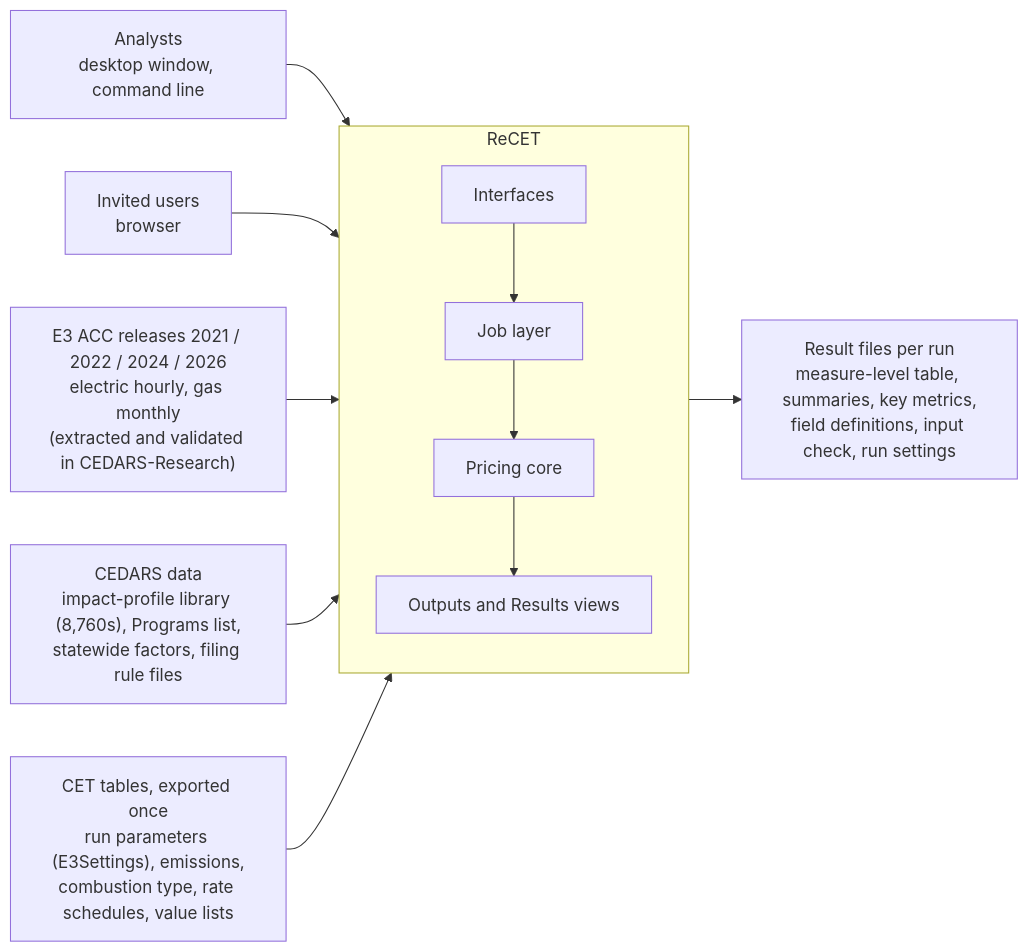
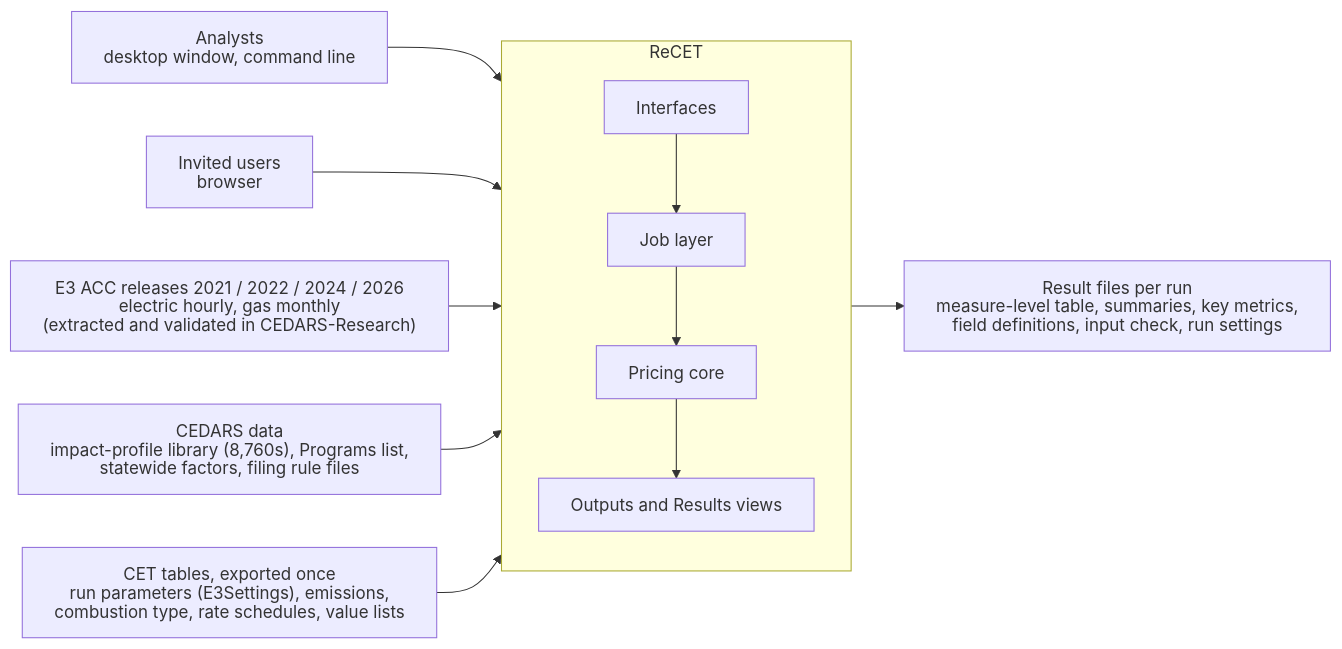
Before and after one commit to JRichardson-PGE/ReCET: the first of 7 diagrams in recet/docs/ARCHITECTURE.md, drawn with Mermaid. The commit also changed other lines of this file and 8 other files, not shown here.

First line of the commit message:
Default part size 50,000; diagrams drawn with SVG text so labels are never cut off

````diff
--- a/recet/docs/ARCHITECTURE.md
+++ b/recet/docs/ARCHITECTURE.md
@@ -67,13 +67,20 @@
 ```mermaid
+---
+config:
+  htmlLabels: false
+  flowchart:
+    htmlLabels: false
+    wrappingWidth: 400
+---
 flowchart LR
     analysts["Analysts<br/>desktop window, command line"] --> recet
     users["Invited users<br/>browser"] --> recet
     subgraph recet["ReCET"]
         direction TB
         ui["Interfaces"] --> job["Job layer"] --> core["Pricing core"] --> out["Outputs and Results views"]
     end
     acc["E3 ACC releases 2021 / 2022 / 2024 / 2026<br/>electric hourly, gas monthly<br/>(extracted and validated in CEDARS-Research)"] --> recet
     cedars["CEDARS data<br/>impact-profile library (8,760s), Programs list,<br/>statewide factors, filing rule files"] --> recet
     cet["CET tables, exported once<br/>run parameters (E3Settings), emissions,<br/>combustion type, rate schedules, value lists"] --> recet
     recet --> files["Result files per run<br/>measure-level table, summaries, key metrics,<br/>field definitions, input check, run settings"]
 ```
````
